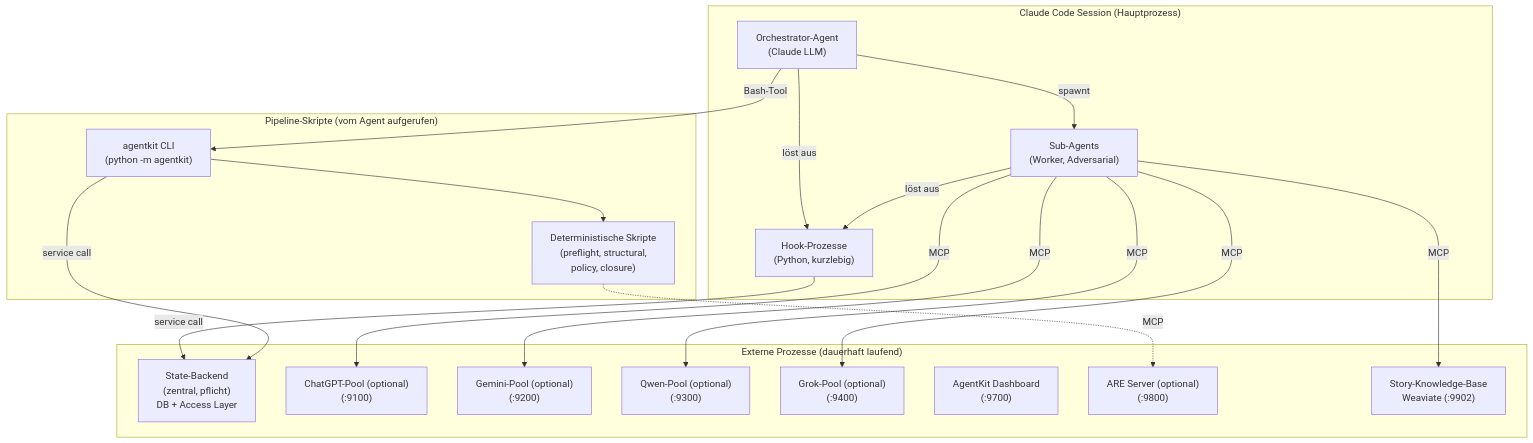
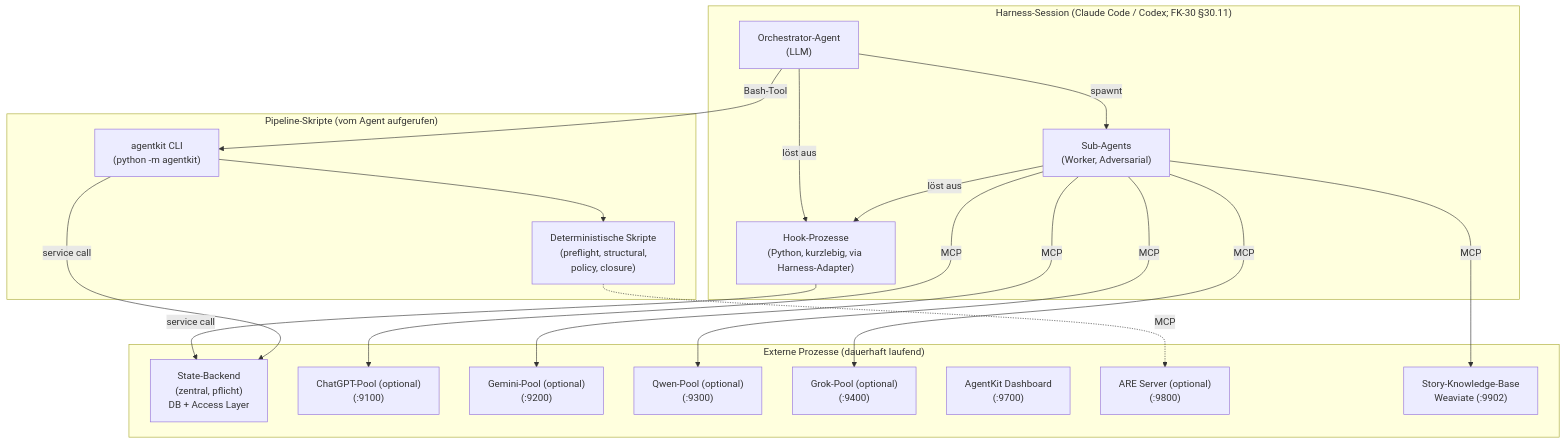
Before and after one commit to saltenhof/claude-agentkit3: the first of 2 diagrams in concept/technical-design/10_runtime_deployment_speicher.md, drawn with Mermaid. The commit also changed other lines of this file and 33 other files, not shown here.

````diff
--- a/concept/technical-design/10_runtime_deployment_speicher.md
+++ b/concept/technical-design/10_runtime_deployment_speicher.md
@@ -57,39 +57,39 @@
 ```mermaid
 graph TB
-    subgraph SESSION["Claude Code Session (Hauptprozess)"]
-        ORCH["Orchestrator-Agent<br/>(Claude LLM)"]
-        HOOKS["Hook-Prozesse<br/>(Python, kurzlebig)"]
+    subgraph SESSION["Harness-Session (Claude Code / Codex; FK-30 §30.11)"]
+        ORCH["Orchestrator-Agent<br/>(LLM)"]
+        HOOKS["Hook-Prozesse<br/>(Python, kurzlebig, via Harness-Adapter)"]
         SUBAGENTS["Sub-Agents<br/>(Worker, Adversarial)"]
 
         ORCH -->|"spawnt"| SUBAGENTS
         ORCH -->|"löst aus"| HOOKS
         SUBAGENTS -->|"löst aus"| HOOKS
     end
 
     subgraph PIPELINE["Pipeline-Skripte (vom Agent aufgerufen)"]
         CLI["agentkit CLI<br/>(python -m agentkit)"]
         SCRIPTS["Deterministische Skripte<br/>(preflight, structural,<br/>policy, closure)"]
     end
 
     subgraph EXTERN["Externe Prozesse (dauerhaft laufend)"]
         STATE["State-Backend<br/>(zentral, pflicht)<br/>DB + Access Layer"]
         POOL_C["ChatGPT-Pool (optional)<br/>(:9100)"]
         POOL_G["Gemini-Pool (optional)<br/>(:9200)"]
         POOL_Q["Qwen-Pool (optional)<br/>(:9300)"]
         POOL_X["Grok-Pool (optional)<br/>(:9400)"]
         DASHBOARD["AgentKit Dashboard<br/>(:9700)"]
         ARE_EXT["ARE Server (optional)<br/>(:9800)"]
         WEAVIATE["Story-Knowledge-Base<br/>Weaviate (:9902)"]
     end
 
     ORCH -->|"Bash-Tool"| CLI
     CLI --> SCRIPTS
     HOOKS -->|"service call"| STATE
     CLI -->|"service call"| STATE
     SUBAGENTS -->|"MCP"| POOL_C
     SUBAGENTS -->|"MCP"| POOL_G
     SUBAGENTS -->|"MCP"| POOL_Q
     SUBAGENTS -->|"MCP"| POOL_X
     SUBAGENTS -->|"MCP"| WEAVIATE
     SCRIPTS -.->|"MCP"| ARE_EXT
 ```
````
